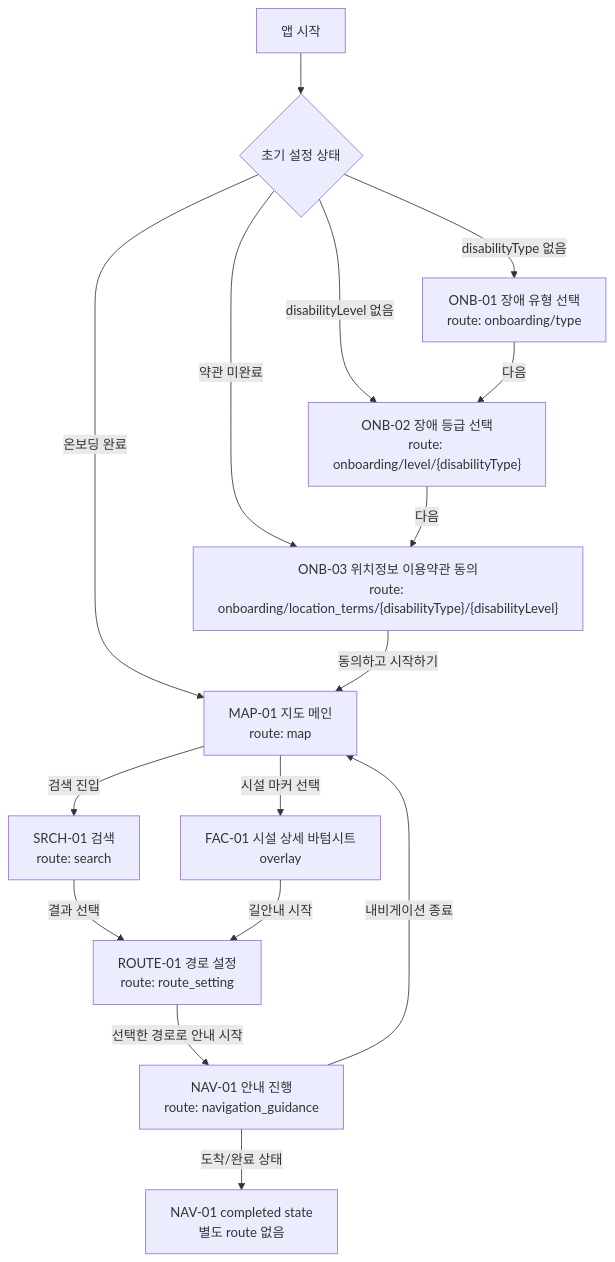
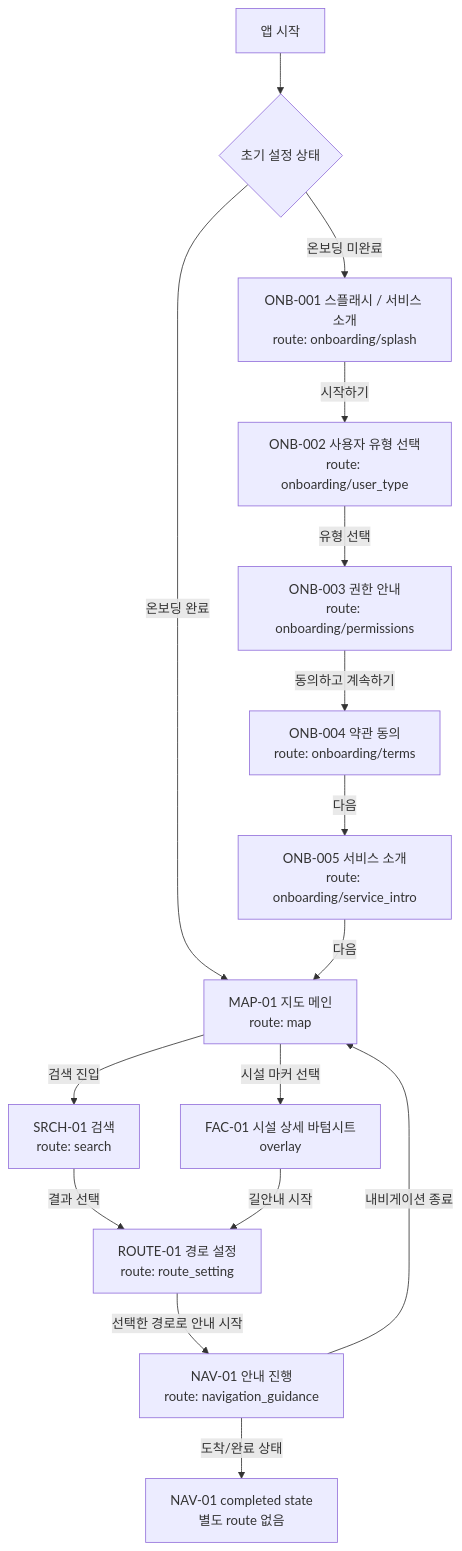
The first of 5 diagrams in FE/docs/2026-04-22_부산이음길_FE_화면_인벤토리_및_라우트_맵.md (busaneumgil/busaneumgil), drawn with Mermaid before and after one commit. The commit also changed other lines of this file and 8 other files, not shown here.

````diff
--- a/FE/docs/2026-04-22_부산이음길_FE_화면_인벤토리_및_라우트_맵.md
+++ b/FE/docs/2026-04-22_부산이음길_FE_화면_인벤토리_및_라우트_맵.md
@@ -502,20 +600,20 @@
 ```mermaid
 flowchart TD
     A["앱 시작"] --> B{"초기 설정 상태"}
-    B -->|disabilityType 없음| C["ONB-01 장애 유형 선택<br/>route: onboarding/type"]
-    B -->|disabilityLevel 없음| D["ONB-02 장애 등급 선택<br/>route: onboarding/level/{disabilityType}"]
-    B -->|약관 미완료| E["ONB-03 위치정보 이용약관 동의<br/>route: onboarding/location_terms/{disabilityType}/{disabilityLevel}"]
+    B -->|온보딩 미완료| C["ONB-001 스플래시 / 서비스 소개<br/>route: onboarding/splash"]
     B -->|온보딩 완료| F["MAP-01 지도 메인<br/>route: map"]
 
-    C -->|다음| D
-    D -->|다음| E
-    E -->|동의하고 시작하기| F
+    C -->|시작하기| D["ONB-002 사용자 유형 선택<br/>route: onboarding/user_type"]
+    D -->|유형 선택| E["ONB-003 권한 안내<br/>route: onboarding/permissions"]
+    E -->|동의하고 계속하기| G0["ONB-004 약관 동의<br/>route: onboarding/terms"]
+    G0 -->|다음| H0["ONB-005 서비스 소개<br/>route: onboarding/service_intro"]
+    H0 -->|다음| F
 
     F -->|검색 진입| G["SRCH-01 검색<br/>route: search"]
     F -->|시설 마커 선택| H["FAC-01 시설 상세 바텀시트<br/>overlay"]
     G -->|결과 선택| I["ROUTE-01 경로 설정<br/>route: route_setting"]
     H -->|길안내 시작| I
     I -->|선택한 경로로 안내 시작| J["NAV-01 안내 진행<br/>route: navigation_guidance"]
     J -->|도착/완료 상태| K["NAV-01 completed state<br/>별도 route 없음"]
     J -->|내비게이션 종료| F
 ```
````
